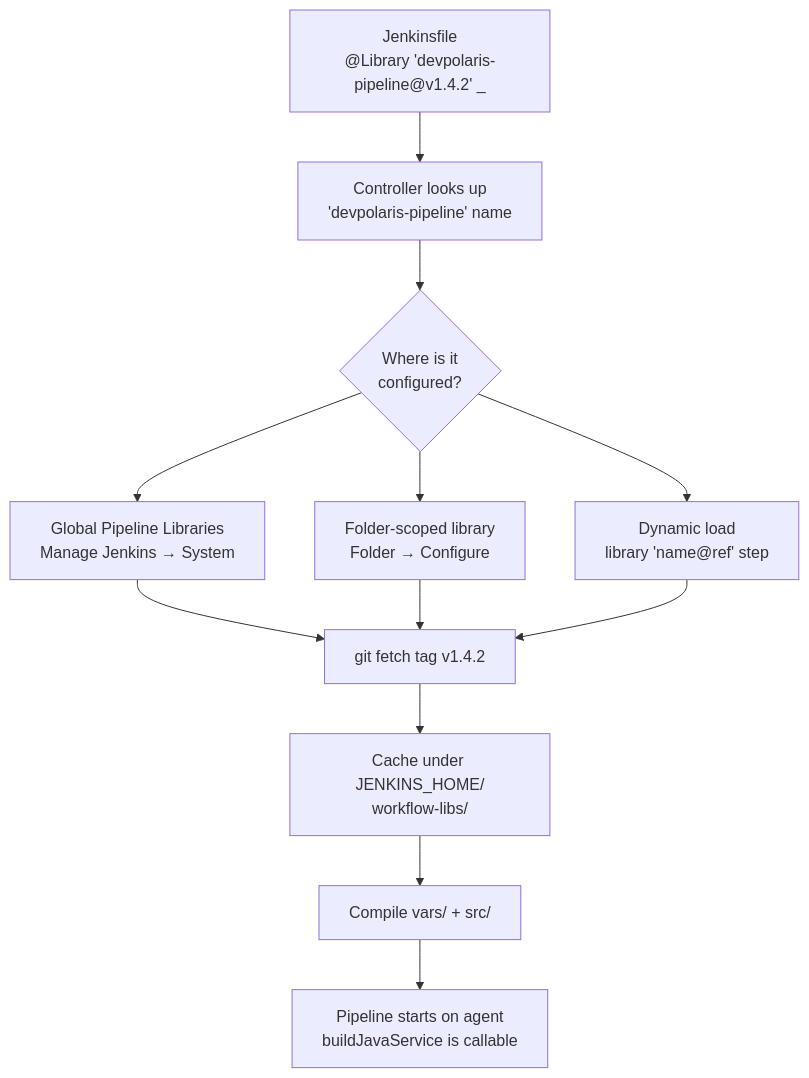
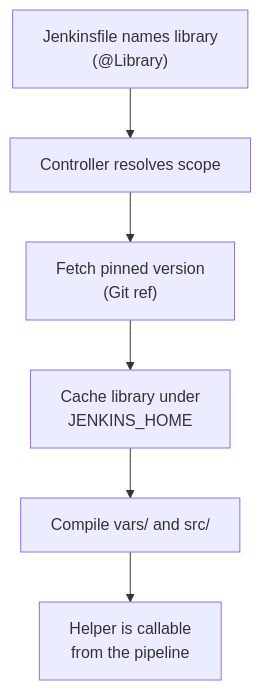
Before and after one commit to senlinyy/dev-roadmaps: the diagram in cicd/jenkins/shared-libraries.md, drawn with Mermaid. The commit also changed 89 other files, not shown here.

````diff
--- a/cicd/jenkins/shared-libraries.md
+++ b/cicd/jenkins/shared-libraries.md
@@ -252,15 +252,8 @@
 ```mermaid
-%%{init: {"themeVariables": {"clusterBkg": "transparent"}}}%%
 graph TD
-    A["Jenkinsfile<br/>@Library 'devpolaris-pipeline@v1.4.2' _"] --> B[Controller looks up<br/>'devpolaris-pipeline' name]
-    B --> C{Where is it<br/>configured?}
-    C --> D[Global Pipeline Libraries<br/>Manage Jenkins → System]
-    C --> E[Folder-scoped library<br/>Folder → Configure]
-    C --> F["Dynamic load<br/>library 'name@ref' step"]
-    D --> G[git fetch tag v1.4.2]
-    E --> G
-    F --> G
-    G --> H[Cache under JENKINS_HOME/<br/>workflow-libs/]
-    H --> I[Compile vars/ + src/]
-    I --> J[Pipeline starts on agent<br/>buildJavaService is callable]
+    A["Jenkinsfile names library<br/>(@Library)"] --> B["Controller resolves scope"]
+    B --> C["Fetch pinned version<br/>(Git ref)"]
+    C --> D["Cache library under<br/>JENKINS_HOME"]
+    D --> E["Compile vars/ and src/"]
+    E --> F["Helper is callable<br/>from the pipeline"]
 ```
````
